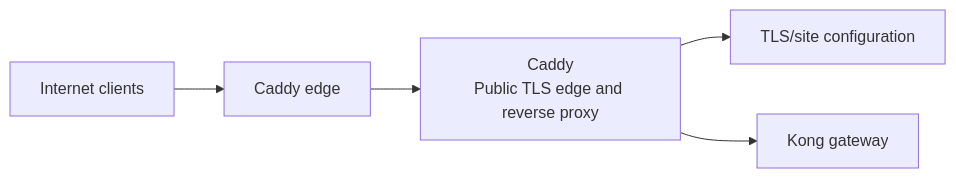
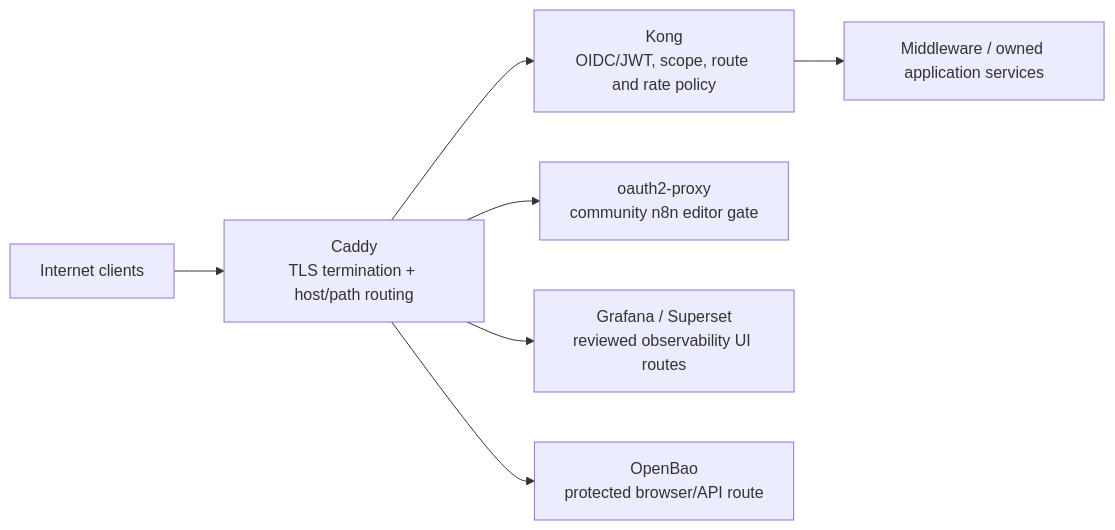
One commit to appolon1908/Caddy changed the first of 5 diagrams in docs/ARCHITECTURE-CHARTS.md. Above: the diagram before and after it, drawn with Mermaid. The commit also changed other lines of this file, not shown here.

Commit message:
docs: align Caddy charts with edge authority

````diff
--- a/docs/ARCHITECTURE-CHARTS.md
+++ b/docs/ARCHITECTURE-CHARTS.md
@@ -8,7 +8,9 @@
 ```mermaid
 flowchart LR
- A["Internet clients"] --> B["Caddy edge"]
- B --> R["Caddy<br/>Public TLS edge and reverse proxy"]
- R --> S["TLS/site configuration"]
- R --> D["Kong gateway"]
+ A["Internet clients"] --> C["Caddy<br/>TLS termination + host/path routing"]
+ C --> K["Kong<br/>OIDC/JWT, scope, route and rate policy"]
+ C --> O["oauth2-proxy<br/>community n8n editor gate"]
+ C --> G["Grafana / Superset<br/>reviewed observability UI routes"]
+ C --> B["OpenBao<br/>protected browser/API route"]
+ K --> M["Middleware / owned application services"]
 ```
````
